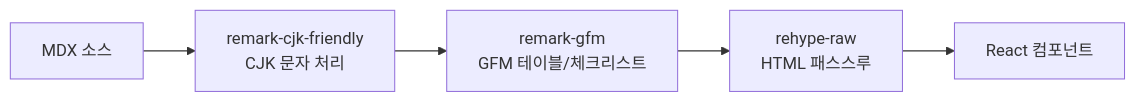
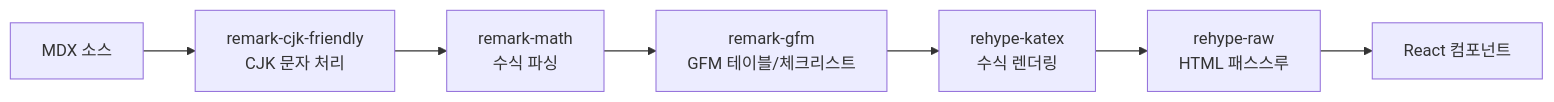
One commit to joonhoekim/mdx-express changed the second of 2 diagrams in content/dev/mdx-rendering-pipeline.mdx. Above: the diagram before and after it, drawn with Mermaid. The commit also changed other lines of this file and 1 other file, not shown here.

First line of the commit message:
docs: CLAUDE.md 및 렌더링 파이프라인 문서를 현재 코드에 맞게 동기화

````diff
--- a/content/dev/mdx-rendering-pipeline.mdx
+++ b/content/dev/mdx-rendering-pipeline.mdx
@@ -350,7 +347,9 @@
 ```mermaid
 flowchart LR
     A["MDX 소스"] --> B["remark-cjk-friendly<br/>CJK 문자 처리"]
-    B --> C["remark-gfm<br/>GFM 테이블/체크리스트"]
-    C --> D["rehype-raw<br/>HTML 패스스루"]
-    D --> E["React 컴포넌트"]
+    B --> B2["remark-math<br/>수식 파싱"]
+    B2 --> C["remark-gfm<br/>GFM 테이블/체크리스트"]
+    C --> D["rehype-katex<br/>수식 렌더링"]
+    D --> E["rehype-raw<br/>HTML 패스스루"]
+    E --> F["React 컴포넌트"]
 ```
````
